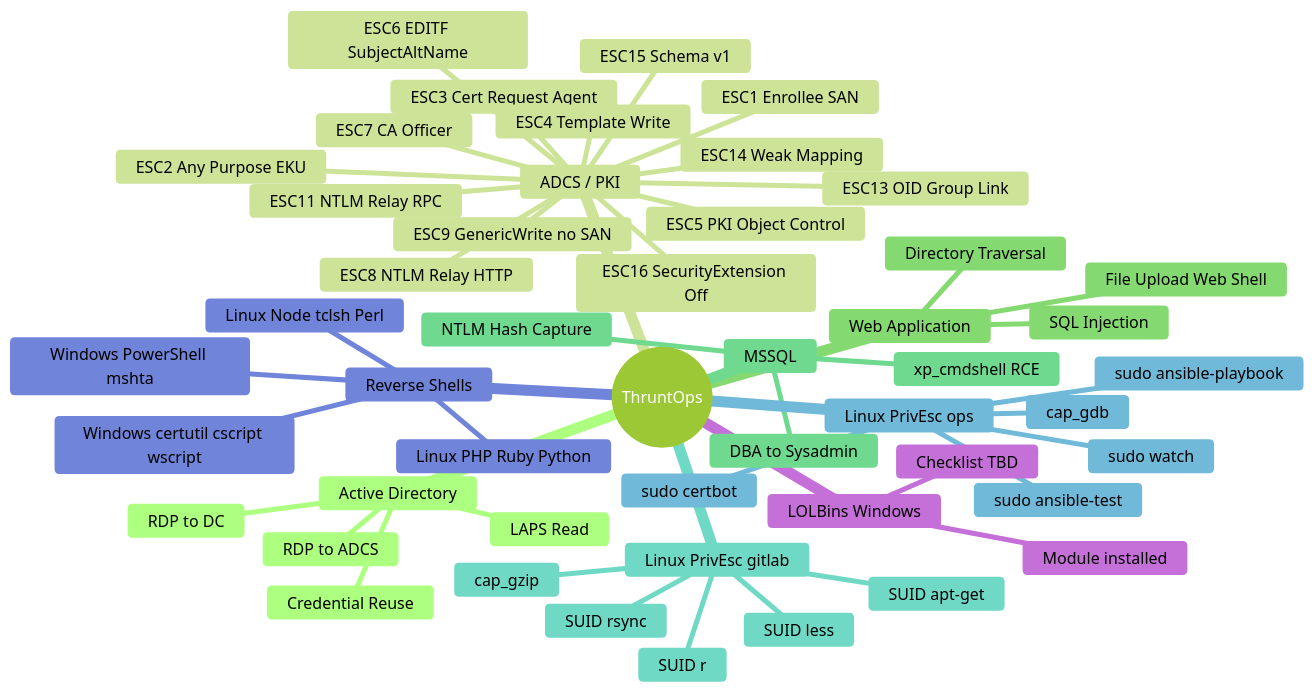
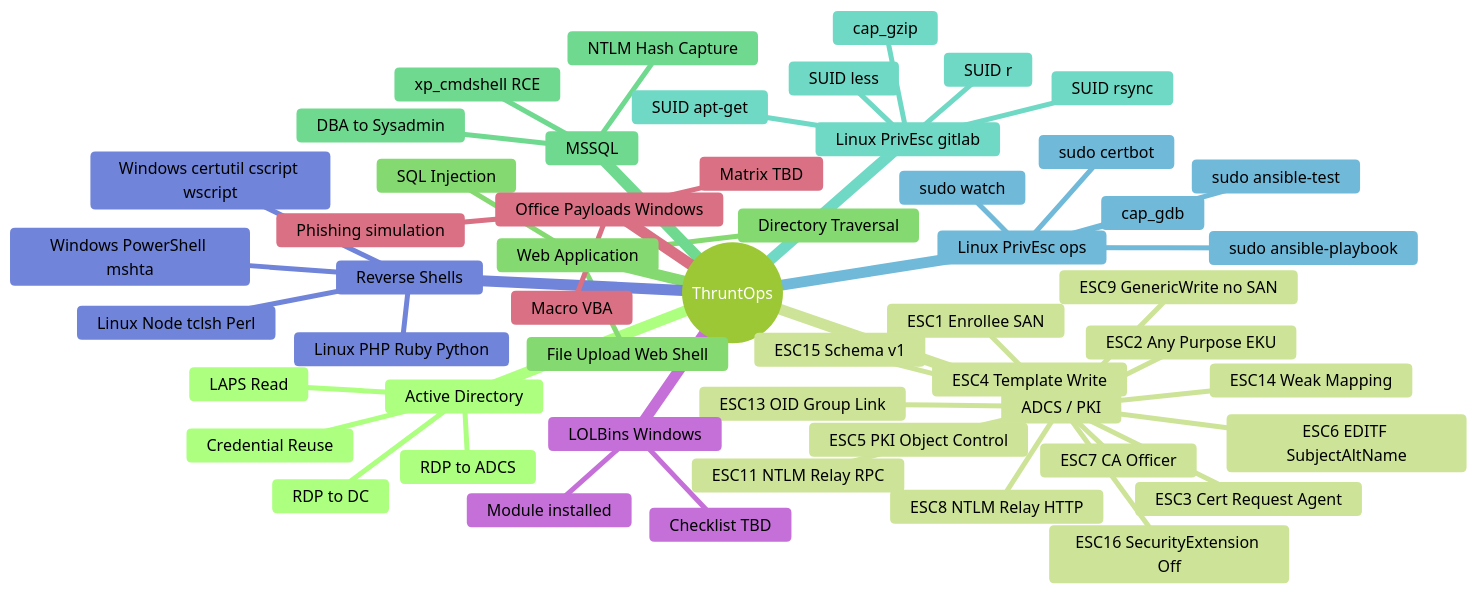
The diagram in docs/coverage.md (enonethreezed/ThruntOps), drawn with Mermaid (forest theme) before and after one commit. The commit also changed other lines of this file, not shown here.

Commit message:
docs: add Office payloads to coverage map
Office 2019 installed on WIN11 workstations enables macro/VBA and
phishing simulation testing. Full matrix to be imported.

````diff
--- a/docs/coverage.md
+++ b/docs/coverage.md
@@ -15,52 +15,56 @@
 ```mermaid
 mindmap
   root((ThruntOps))
     Active Directory
       Credential Reuse
       RDP to DC
       LAPS Read
       RDP to ADCS
     ADCS / PKI
       ESC1 Enrollee SAN
       ESC2 Any Purpose EKU
       ESC3 Cert Request Agent
       ESC4 Template Write
       ESC5 PKI Object Control
       ESC6 EDITF SubjectAltName
       ESC7 CA Officer
       ESC8 NTLM Relay HTTP
       ESC9 GenericWrite no SAN
       ESC11 NTLM Relay RPC
       ESC13 OID Group Link
       ESC14 Weak Mapping
       ESC15 Schema v1
       ESC16 SecurityExtension Off
     Web Application
       SQL Injection
       File Upload Web Shell
       Directory Traversal
     MSSQL
       xp_cmdshell RCE
       NTLM Hash Capture
       DBA to Sysadmin
     Linux PrivEsc gitlab
       SUID r
       SUID apt-get
       SUID less
       SUID rsync
       cap_gzip
     Linux PrivEsc ops
       sudo ansible-playbook
       sudo ansible-test
       sudo certbot
       sudo watch
       cap_gdb
     Reverse Shells
       Linux PHP Ruby Python
       Linux Node tclsh Perl
       Windows PowerShell mshta
       Windows certutil cscript wscript
     LOLBins Windows
       Module installed
       Checklist TBD
+    Office Payloads Windows
+      Macro VBA
+      Phishing simulation
+      Matrix TBD
 ```
````
